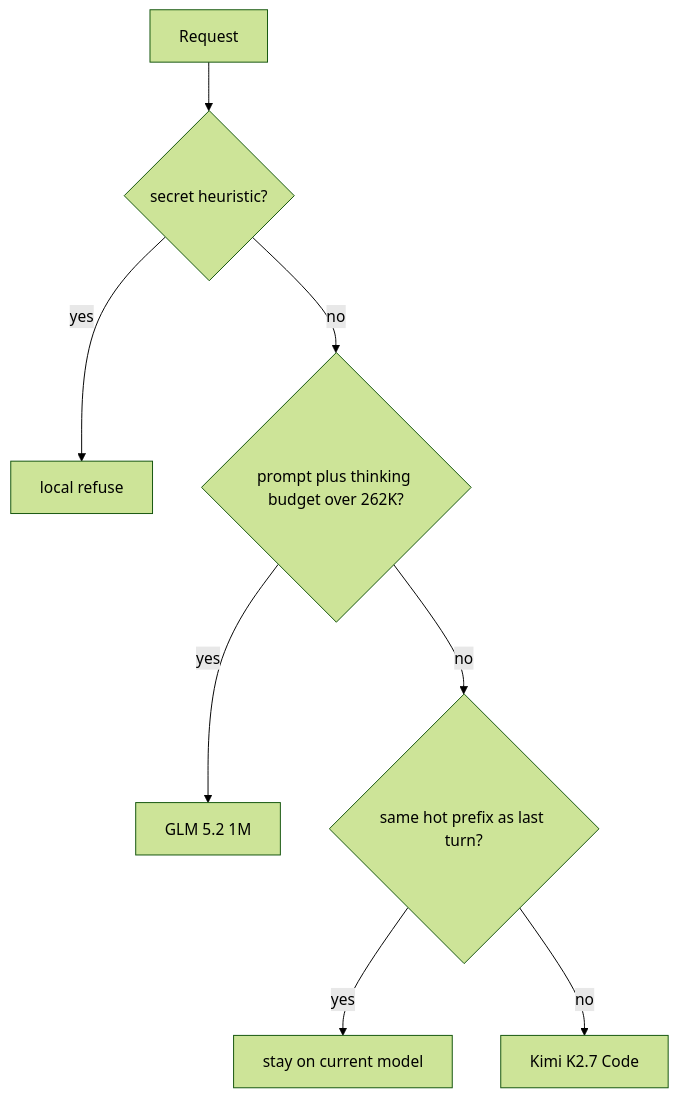
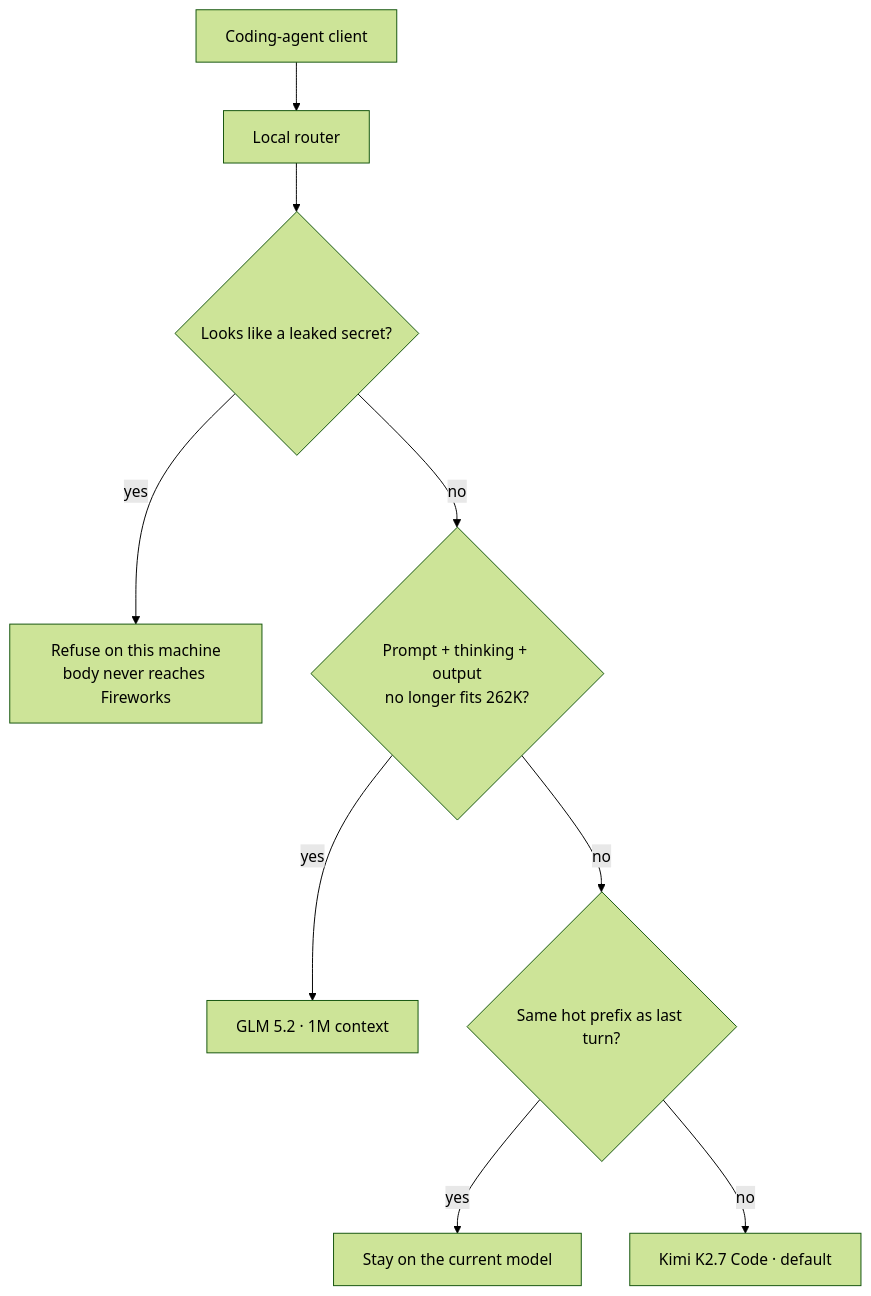
The diagram in fireworks-vllm-semantic-router/README.md (nagalikith/sandboxgrid), drawn with Mermaid (forest theme) before and after one commit. The commit also changed other lines of this file and 1 other file, not shown here.

````diff
--- a/fireworks-vllm-semantic-router/README.md
+++ b/fireworks-vllm-semantic-router/README.md
@@ -9,10 +25,11 @@
 ```mermaid
 flowchart TD
-  req[Request] --> secret{secret heuristic?}
-  secret -->|yes| refuse[local refuse]
-  secret -->|no| budget{prompt plus thinking budget over 262K?}
-  budget -->|yes| glm[GLM 5.2 1M]
-  budget -->|no| prefix{same hot prefix as last turn?}
-  prefix -->|yes| stay[stay on current model]
-  prefix -->|no| kimi[Kimi K2.7 Code]
+  client[Coding-agent client] --> sidecar[Local router]
+  sidecar --> secret{Looks like a leaked secret?}
+  secret -->|yes| refuse[Refuse on this machine<br/>body never reaches Fireworks]
+  secret -->|no| budget{Prompt + thinking + output<br/>no longer fits 262K?}
+  budget -->|yes| glm[GLM 5.2 · 1M context]
+  budget -->|no| prefix{Same hot prefix as last turn?}
+  prefix -->|yes| stay[Stay on the current model]
+  prefix -->|no| kimi[Kimi K2.7 Code · default]
 ```
````
